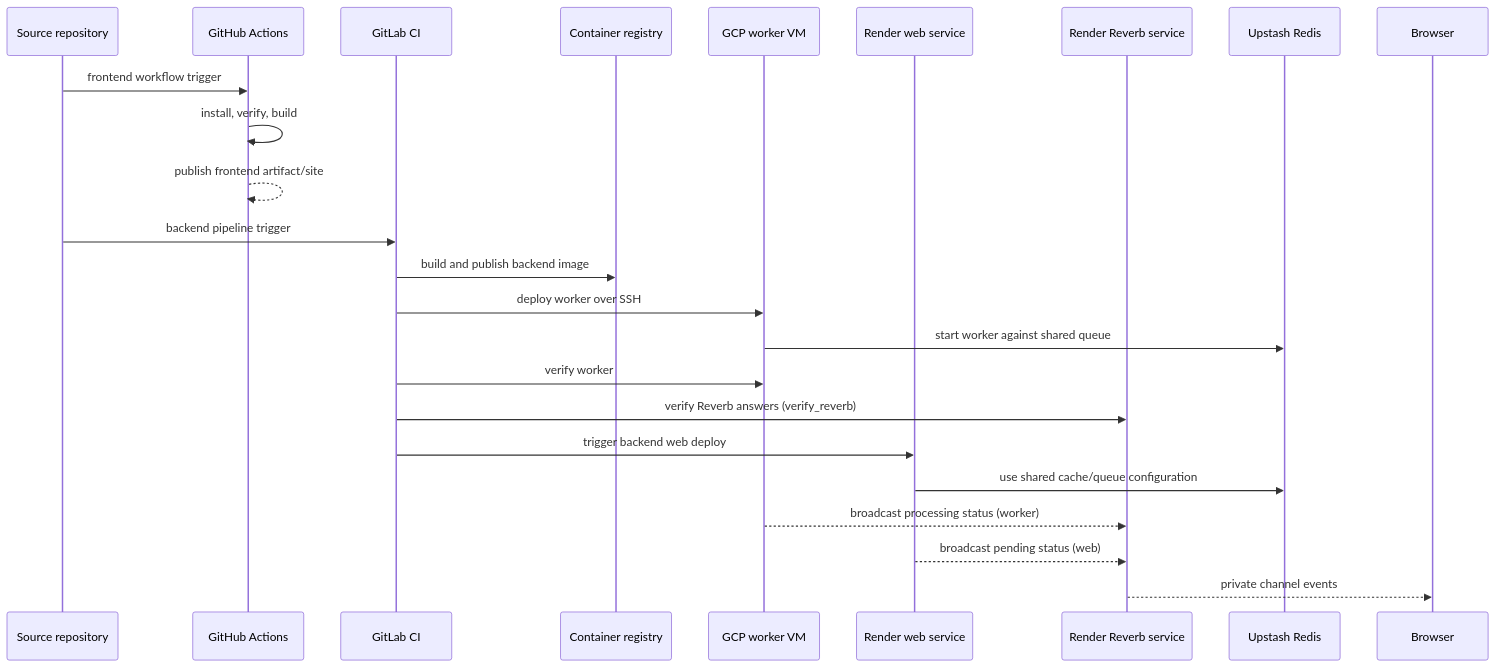
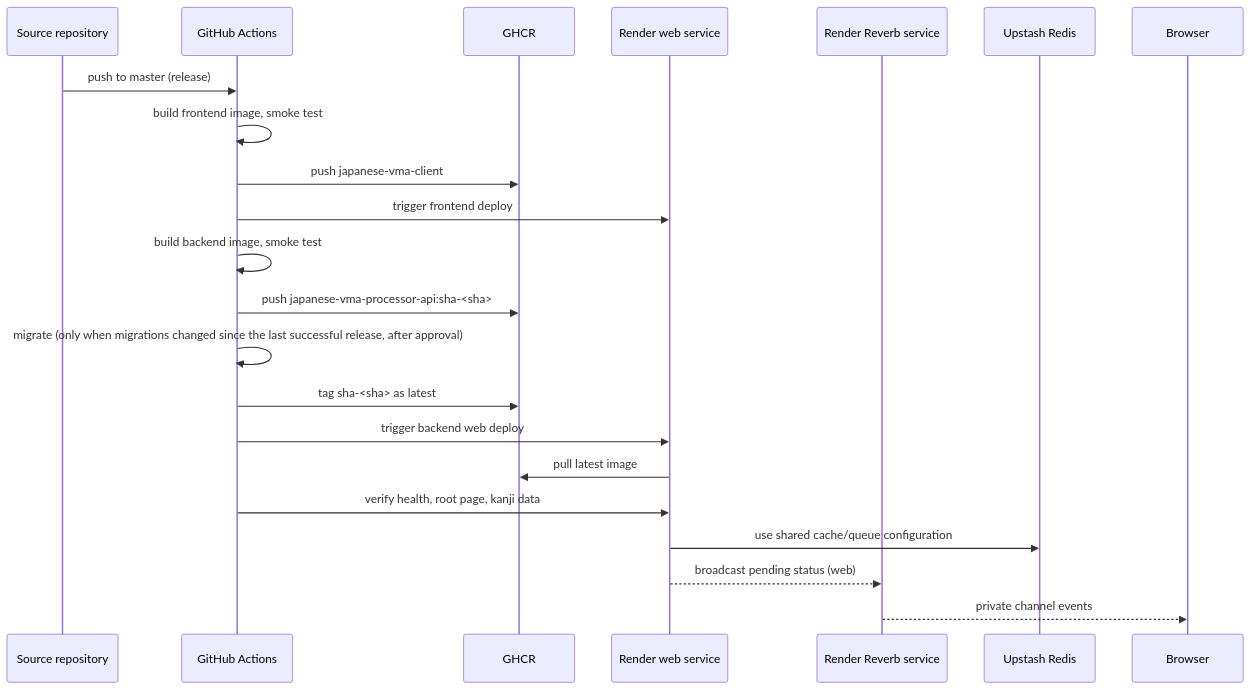
Before and after one commit to av3000/japanese-vma: the diagram in docs/architecture/deployment-and-runtime.md, drawn with Mermaid. The commit also changed other lines of this file and 12 other files, not shown here.

First line of the commit message:
CI-02: backend image built, published to GHCR and deployed to Render from GitHub Actions (#708) (#710)

````diff
--- a/docs/architecture/deployment-and-runtime.md
+++ b/docs/architecture/deployment-and-runtime.md
@@ -32,27 +32,25 @@
 ```mermaid
 sequenceDiagram
     participant Git as Source repository
     participant GHA as GitHub Actions
-    participant GL as GitLab CI
-    participant Registry as Container registry
-    participant GCP as GCP worker VM
+    participant Registry as GHCR
     participant Render as Render web service
     participant Reverb as Render Reverb service
     participant Redis as Upstash Redis
 
-    Git->>GHA: frontend workflow trigger
-    GHA->>GHA: install, verify, build
-    GHA-->>GHA: publish frontend artifact/site
+    Git->>GHA: push to master (release)
+    GHA->>GHA: build frontend image, smoke test
+    GHA->>Registry: push japanese-vma-client
+    GHA->>Render: trigger frontend deploy
 
-    Git->>GL: backend pipeline trigger
-    GL->>Registry: build and publish backend image
-    GL->>GCP: deploy worker over SSH
-    GCP->>Redis: start worker against shared queue
-    GL->>GCP: verify worker
-    GL->>Reverb: verify Reverb answers (verify_reverb)
-    GL->>Render: trigger backend web deploy
+    GHA->>GHA: build backend image, smoke test
+    GHA->>Registry: push japanese-vma-processor-api:sha-<sha>
+    GHA->>GHA: migrate (only when migrations changed since the last successful release, after approval)
+    GHA->>Registry: tag sha-<sha> as latest
+    GHA->>Render: trigger backend web deploy
+    Render->>Registry: pull latest image
+    GHA->>Render: verify health, root page, kanji data
     Render->>Redis: use shared cache/queue configuration
-    GCP-->>Reverb: broadcast processing status (worker)
     Render-->>Reverb: broadcast pending status (web)
     Reverb-->>Browser: private channel events
 ```
````
